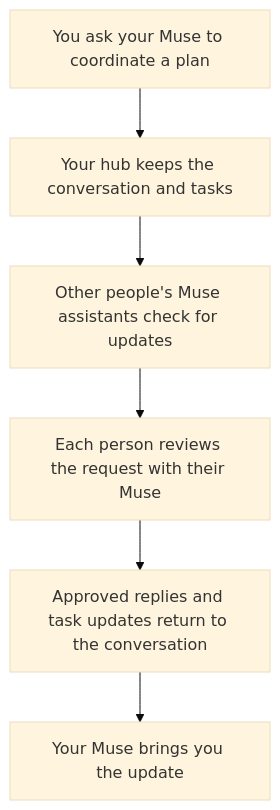
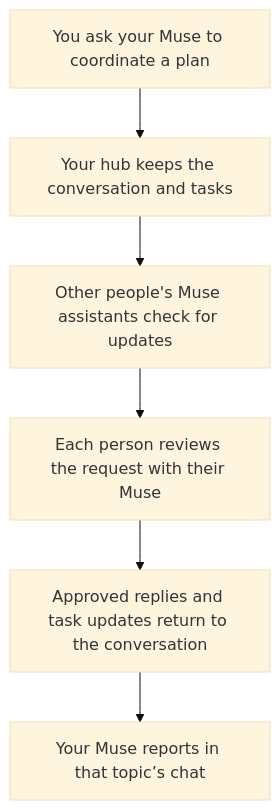
The diagram in README.md (maddy13182/museFamilyconnector), drawn with Mermaid (base theme) before and after one commit. The commit also changed other lines of this file and 2 other files, not shown here.

Commit message:
docs: make setup and daily use a Muse-led experience

````diff
--- a/README.md
+++ b/README.md
@@ -67,8 +147,8 @@
 ```mermaid
 flowchart TD
     A[You ask your Muse to coordinate a plan] --> B[Your hub keeps the conversation and tasks]
     B --> C[Other people's Muse assistants check for updates]
     C --> D[Each person reviews the request with their Muse]
     D --> E[Approved replies and task updates return to the conversation]
-    E --> F[Your Muse brings you the update]
+    E --> F[Your Muse reports in that topic’s chat]
 ```
````
